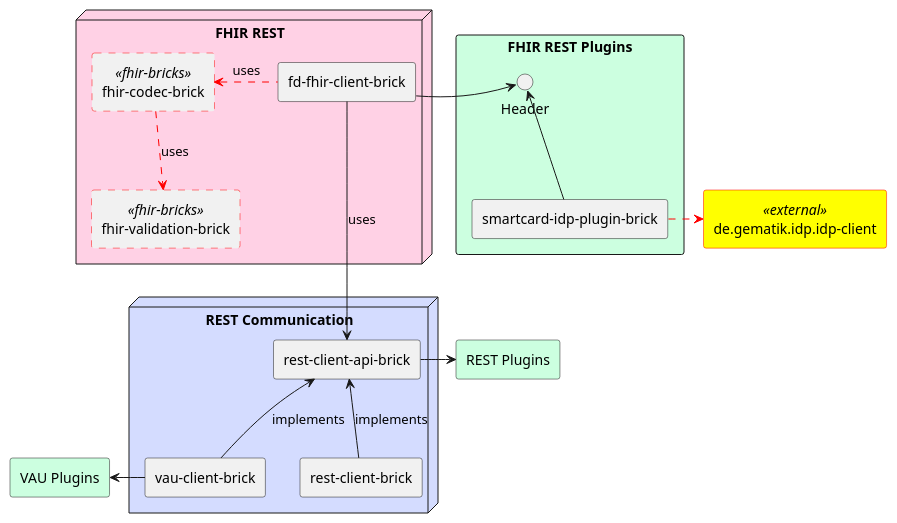
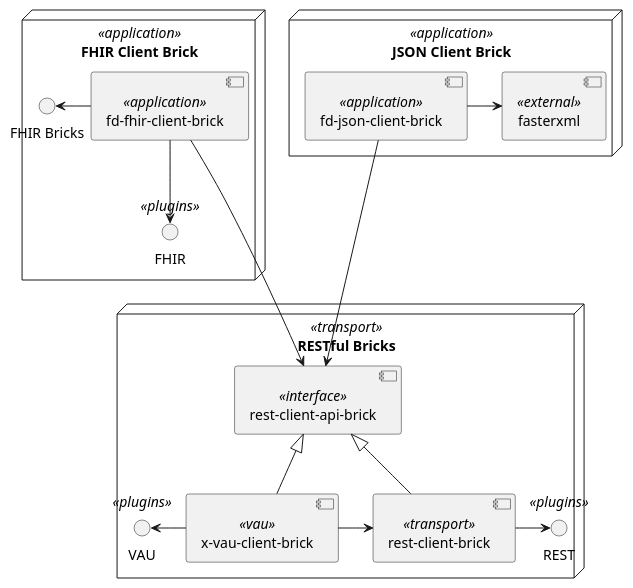
The diagram in adocs/plantuml/restful-bricks.puml (gematik/lib-bbriccs), drawn with PlantUML before and after one commit. The commit also changed 927 other files, not shown here.

```diff
--- a/adocs/plantuml/restful-bricks.puml
+++ b/adocs/plantuml/restful-bricks.puml
@@ -1,47 +1,33 @@
 @startuml
-skinparam componentStyle rectangle
+node "RESTful Bricks" <<transport>> {
+    [x-vau-client-brick] <<vau>>
+    [rest-client-brick] <<transport>>
+    [rest-client-api-brick] <<interface>>
+    () "VAU" <<plugins>>
+    () "REST" <<plugins>>
 
-skinparam component {
-    BorderColor<<fhir-bricks>> Red
-    BorderStyle<<fhir-bricks>> Dashed
-    BackgroundColor<<external>> Yellow
-    BorderColor<<external>> Red
+    [rest-client-api-brick] <|-down- [x-vau-client-brick] <<implement>>
+    [rest-client-api-brick] <|-down- [rest-client-brick] <<implement>>
+    [x-vau-client-brick] -> [rest-client-brick] <<decorate>>
+
+    [x-vau-client-brick] -left-> "VAU" <<plugins>>
+    [rest-client-brick] -right--> "REST" <<plugins>>
 }
 
-node "FHIR REST" #FFD1E5 {
-    [fd-fhir-client-brick]
-    [fhir-codec-brick] <<fhir-bricks>>
-    [fhir-validation-brick] <<fhir-bricks>>
+node "FHIR Client Brick" <<application>> {
+    [fd-fhir-client-brick] <<application>>
+    () "FHIR" <<plugins>>
+
+    [fd-fhir-client-brick] -down--> [rest-client-api-brick] <<use>>
+    [fd-fhir-client-brick] -left-> "FHIR Bricks" <<use>>
+    [fd-fhir-client-brick] --> "FHIR" <<plugins>>
 }
 
-node "REST Communication" #D4DCFF {
-    [rest-client-api-brick]
-    [vau-client-brick]
-    [rest-client-brick]
+node "JSON Client Brick" <<application>> {
+    [fd-json-client-brick] <<application>>
+    [fasterxml] <<external>>
+
+    [fd-json-client-brick] -down--> [rest-client-api-brick] <<use>>
+    [fd-json-client-brick] -> [fasterxml] <<external>>
 }
-
-
-rectangle "FHIR REST Plugins" #CCFFE0 {
-    () Header as RequestHeaderProvider
-    [smartcard-idp-plugin-brick]
-}
-rectangle "VAU Plugins" #CCFFE0
-rectangle "REST Plugins" #CCFFE0
-
-[de.gematik.idp.idp-client] <<external>>
-
-[fd-fhir-client-brick] -down--> [rest-client-api-brick] : uses
-[fd-fhir-client-brick] -[#red,dashed]left-> [fhir-codec-brick] : uses
-[fhir-codec-brick] -[#red,dashed]down-> [fhir-validation-brick] : uses
-
-[fd-fhir-client-brick] -right-> [RequestHeaderProvider]
-
-[vau-client-brick] -up-> [rest-client-api-brick] : implements
-[rest-client-brick] -up-> [rest-client-api-brick] : implements
-
-[vau-client-brick] -left-> [VAU Plugins]
-[rest-client-api-brick] -right--> [REST Plugins]
-[smartcard-idp-plugin-brick] -up-> [RequestHeaderProvider]
-
-[smartcard-idp-plugin-brick] -[#red,dashed]right-> [de.gematik.idp.idp-client]
 @enduml
```
